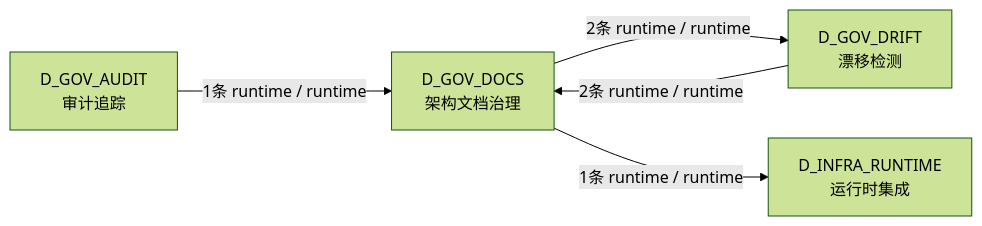
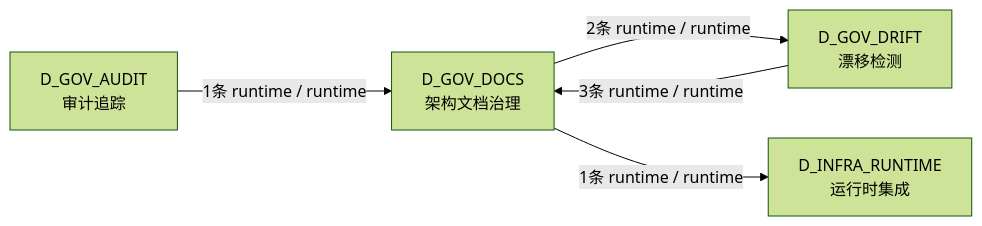
One commit to xuanFelixVan/ZephyrAlpha changed the seventh of 7 diagrams in docs/02_enterprise_architecture/02_domain_architecture_docs/40_d_gov_docs.md. Above: the diagram before and after it, drawn with Mermaid (forest theme). The commit also changed other lines of this file and 125 other files, not shown here.

````diff
--- a/docs/02_enterprise_architecture/02_domain_architecture_docs/40_d_gov_docs.md
+++ b/docs/02_enterprise_architecture/02_domain_architecture_docs/40_d_gov_docs.md
@@ -490,11 +495,11 @@
 ```mermaid
 graph LR
     D_GOV_DOCS["D_GOV_DOCS<br/>架构文档治理"]
     D_GOV_DRIFT["D_GOV_DRIFT<br/>漂移检测"]
     D_INFRA_RUNTIME["D_INFRA_RUNTIME<br/>运行时集成"]
     D_GOV_AUDIT["D_GOV_AUDIT<br/>审计追踪"]
     D_GOV_DOCS -->|2条 runtime / runtime| D_GOV_DRIFT
     D_GOV_DOCS -->|1条 runtime / runtime| D_INFRA_RUNTIME
-    D_GOV_DRIFT -->|2条 runtime / runtime| D_GOV_DOCS
+    D_GOV_DRIFT -->|3条 runtime / runtime| D_GOV_DOCS
     D_GOV_AUDIT -->|1条 runtime / runtime| D_GOV_DOCS
 ```
````
